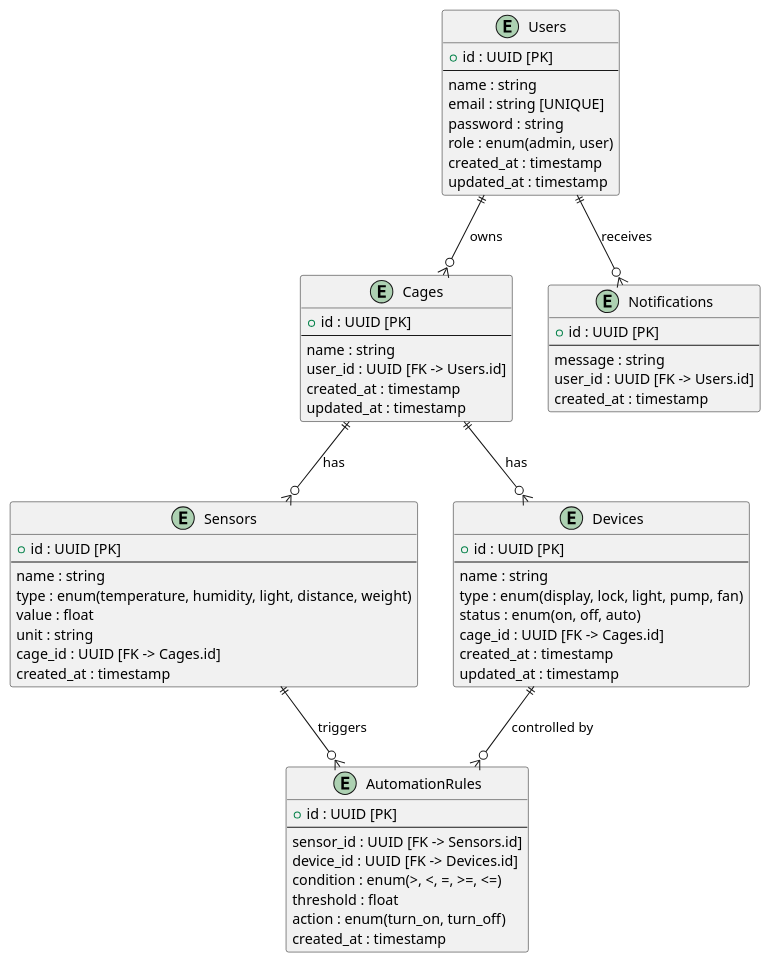
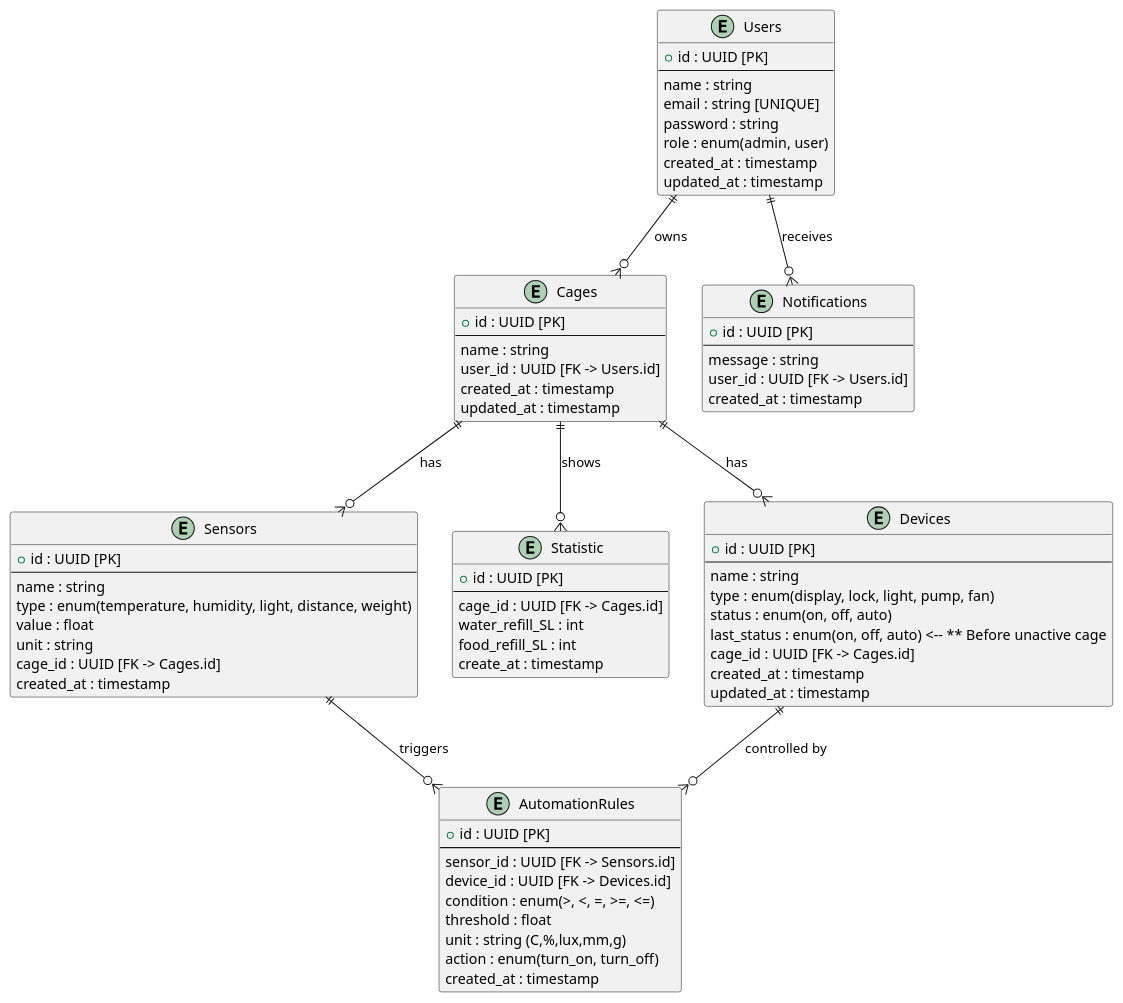
The diagram in docs/erd.puml (jncmtam/DADN-SE), drawn with PlantUML before and after one commit. The commit also changed 2 other files, not shown here.

Commit message:
api and erd update

```diff
--- a/docs/erd.puml
+++ b/docs/erd.puml
@@ -1,69 +1,81 @@
 @startuml ERD
 entity "Users" as U {
   + id : UUID [PK]
   --
   name : string
   email : string [UNIQUE]
   password : string
   role : enum(admin, user)
   created_at : timestamp
   updated_at : timestamp
 }
 
 entity "Cages" as C {
   + id : UUID [PK]
   --
   name : string
   user_id : UUID [FK -> Users.id]
   created_at : timestamp
   updated_at : timestamp
 }
 
 entity "Sensors" as S {
   + id : UUID [PK]
   --
   name : string
   type : enum(temperature, humidity, light, distance, weight)
   value : float
   unit : string
   cage_id : UUID [FK -> Cages.id]
   created_at : timestamp
 }
 
+entity "Statistic" as ST{
+  + id : UUID [PK]
+  --
+  cage_id : UUID [FK -> Cages.id]
+  water_refill_SL : int
+  food_refill_SL : int
+  create_at : timestamp
+}
+
 entity "Devices" as D {
   + id : UUID [PK]
   --
   name : string
   type : enum(display, lock, light, pump, fan)
   status : enum(on, off, auto)
+  last_status : enum(on, off, auto) <-- ** Before unactive cage
   cage_id : UUID [FK -> Cages.id]
   created_at : timestamp
   updated_at : timestamp
 }
 
 entity "AutomationRules" as AR {
   + id : UUID [PK]
   --
   sensor_id : UUID [FK -> Sensors.id]
   device_id : UUID [FK -> Devices.id]
   condition : enum(>, <, =, >=, <=)
   threshold : float
+  unit : string (C,%,lux,mm,g)
   action : enum(turn_on, turn_off)
   created_at : timestamp
 }
 
 entity "Notifications" as N {
   + id : UUID [PK]
   --
   message : string
   user_id : UUID [FK -> Users.id]
   created_at : timestamp
 }
 
 U ||--o{ C : "owns"
 C ||--o{ S : "has"
 C ||--o{ D : "has"
 S ||--o{ AR : "triggers"
 D ||--o{ AR : "controlled by"
 U ||--o{ N : "receives"
+C ||--o{ ST : "shows"
 @enduml
```
